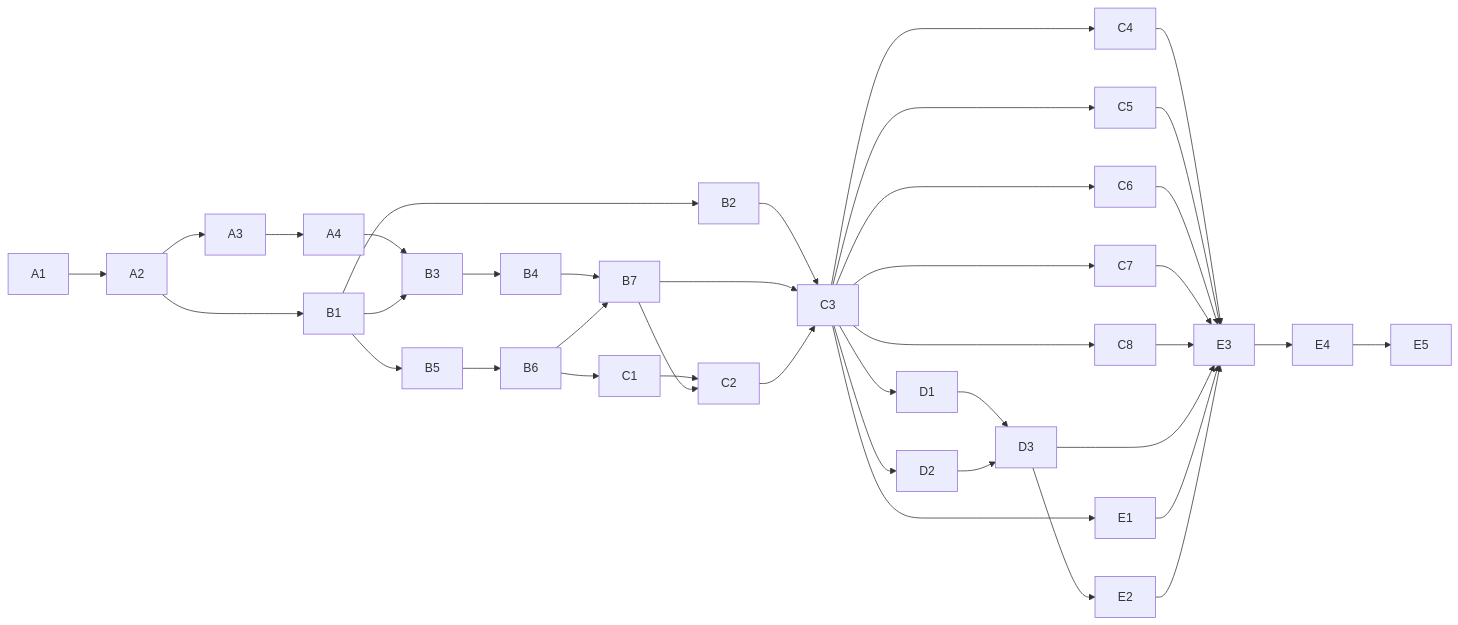
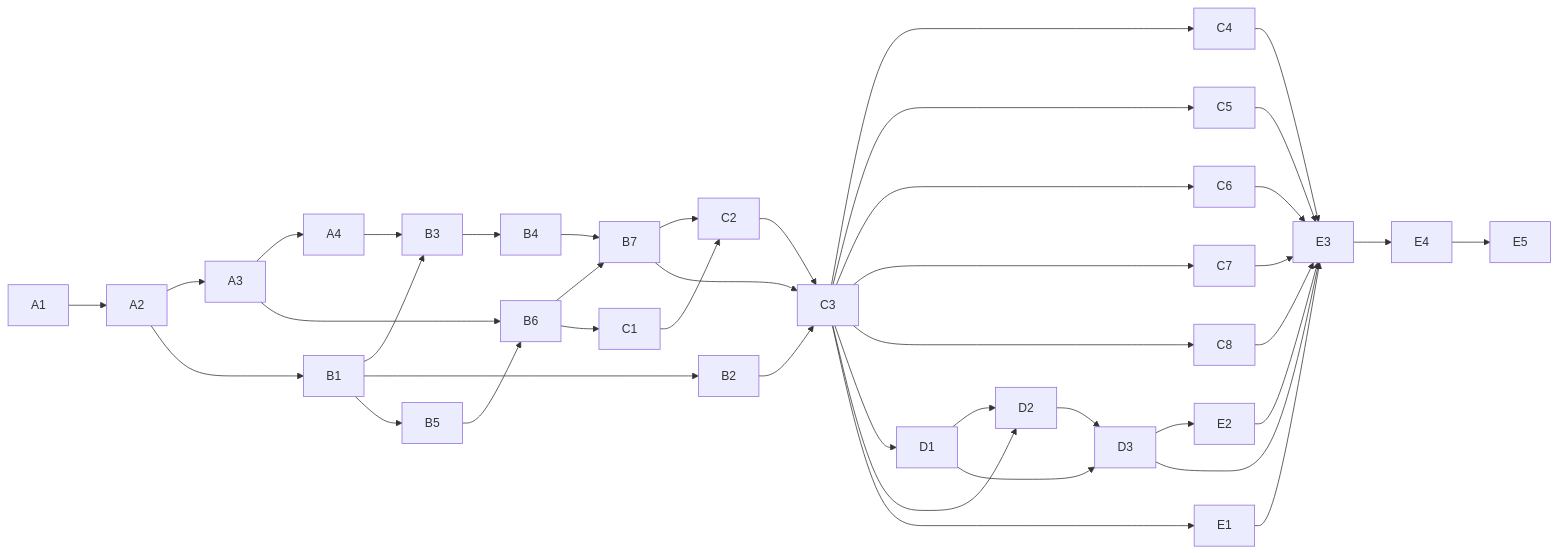
Before and after one commit to Svendsys/mandala: the diagram in work_plans/UNIFIED_ARCHITECTURE.md, drawn with Mermaid. The commit also changed other lines of this file, not shown here.

````diff
--- a/work_plans/UNIFIED_ARCHITECTURE.md
+++ b/work_plans/UNIFIED_ARCHITECTURE.md
@@ -1333,23 +1370,25 @@
 ```mermaid
 graph LR
   A1 --> A2 --> A3 --> A4
   A2 --> B1
   A4 --> B3
   B1 --> B3 --> B4
   B1 --> B2
   B1 --> B5 --> B6
+  A3 --> B6
   B4 --> B7
   B6 --> B7
   B6 --> C1
   C1 --> C2
   B7 --> C2
   B2 --> C3
   B7 --> C3
   C2 --> C3
   C3 --> C4 & C5 & C6 & C7 & C8 & D1 & D2 & E1
+  D1 --> D2
   D1 --> D3
   D2 --> D3
   D3 --> E2
   C4 & C5 & C6 & C7 & C8 & D3 & E1 & E2 --> E3
   E3 --> E4 --> E5
 ```
````
